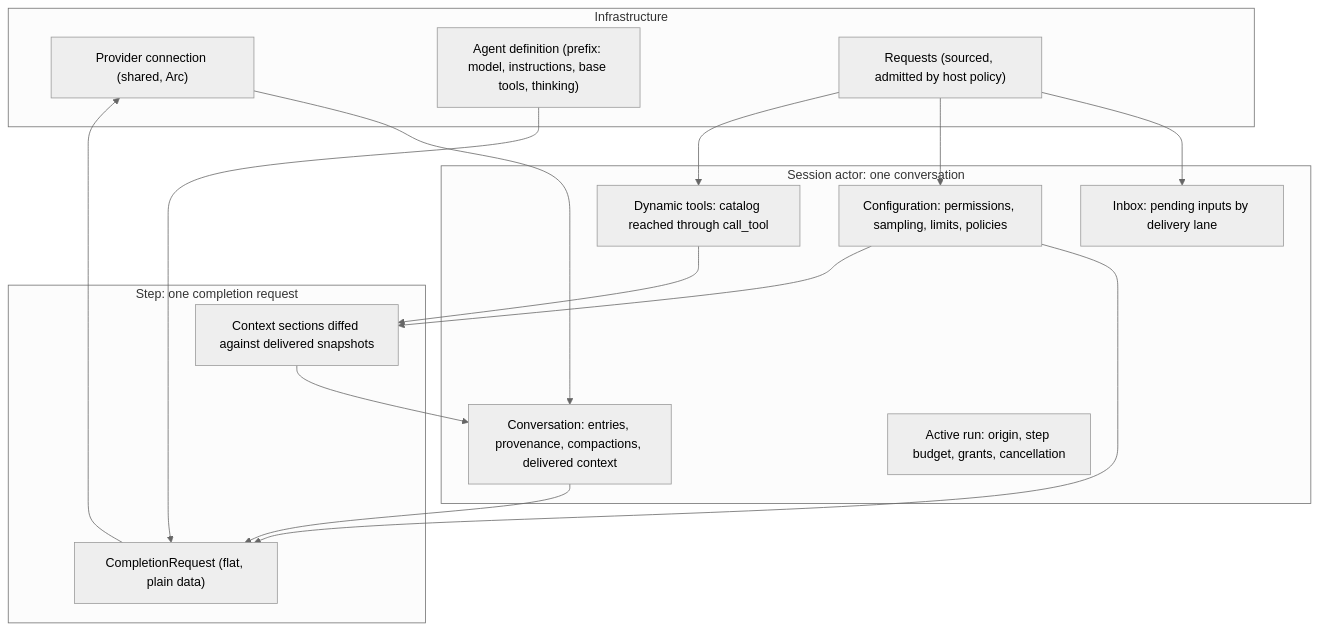
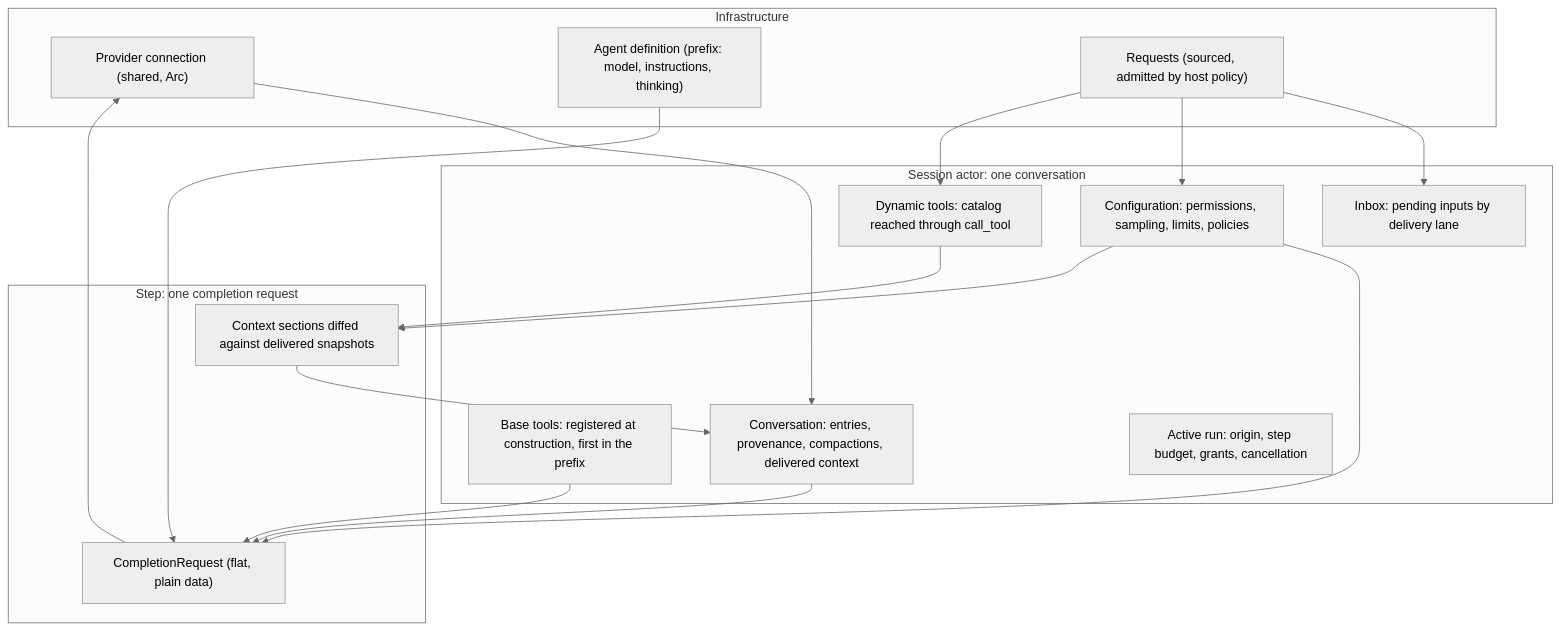
Before and after one commit to tidely/cowork: the first of 2 diagrams in docs/agent-architecture.md, drawn with Mermaid (neutral theme). The commit also changed other lines of this file and 15 other files, not shown here.

Commit message:
remove tools from agent definition

````diff
--- a/docs/agent-architecture.md
+++ b/docs/agent-architecture.md
@@ -63,30 +64,32 @@
 ```mermaid
 flowchart TB
     subgraph Infrastructure
         P["Provider connection (shared, Arc)"]
-        D["Agent definition (prefix: model, instructions, base tools, thinking)"]
+        D["Agent definition (prefix: model, instructions, thinking)"]
         R["Requests (sourced, admitted by host policy)"]
     end
     subgraph Session["Session actor: one conversation"]
+        B["Base tools: registered at construction, first in the prefix"]
         C["Conversation: entries, provenance, compactions, delivered context"]
         K["Configuration: permissions, sampling, limits, policies"]
         T["Dynamic tools: catalog reached through call_tool"]
         I["Inbox: pending inputs by delivery lane"]
         RUN["Active run: origin, step budget, grants, cancellation"]
     end
     subgraph Step["Step: one completion request"]
         S["Context sections diffed against delivered snapshots"]
         Q["CompletionRequest (flat, plain data)"]
     end
     R --> I
     R --> K
     R --> T
     D --> Q
+    B --> Q
     K --> Q
     C --> Q
     K --> S
     T --> S
     S --> C
     Q --> P
     P --> C
 ```
````
